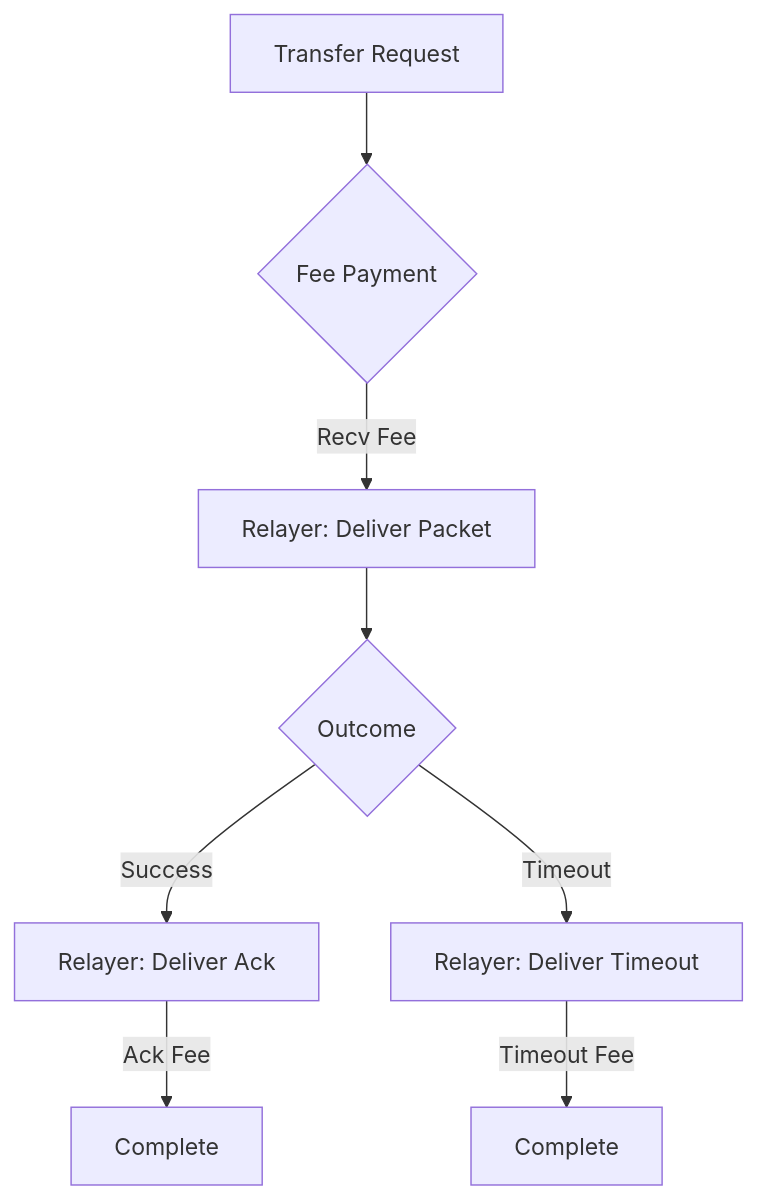
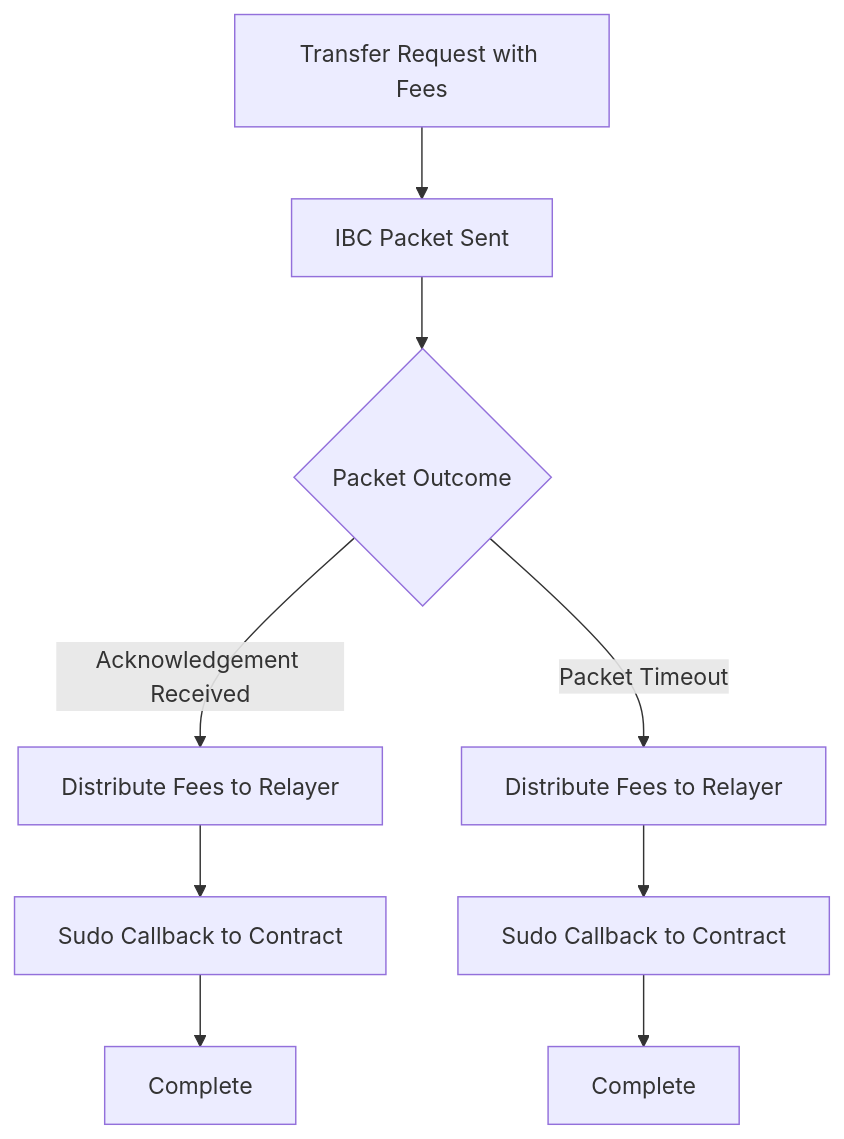
One commit to neutron-org/neutron-docs changed the third of 4 diagrams in developers/modules/transfer/explanation.mdx. Above: the diagram before and after it, drawn with Mermaid. The commit also changed other lines of this file and 5 other files, not shown here.

First line of the commit message:
feat: complete transfer module documentation accuracy audit

````diff
--- a/developers/modules/transfer/explanation.mdx
+++ b/developers/modules/transfer/explanation.mdx
@@ -94,10 +93,11 @@
 ```mermaid
 flowchart TD
-    A[Transfer Request] --> B{Fee Payment}
-    B -->|Recv Fee| C[Relayer: Deliver Packet]
-    C --> D{Outcome}
-    D -->|Success| E[Relayer: Deliver Ack]
-    D -->|Timeout| F[Relayer: Deliver Timeout]
-    E -->|Ack Fee| G[Complete]
-    F -->|Timeout Fee| H[Complete]
+    A[Transfer Request with Fees] --> B[IBC Packet Sent]
+    B --> C{Packet Outcome}
+    C -->|Acknowledgement Received| D[Distribute Fees to Relayer]
+    C -->|Packet Timeout| E[Distribute Fees to Relayer]
+    D --> F[Sudo Callback to Contract]
+    E --> G[Sudo Callback to Contract]
+    F --> H[Complete]
+    G --> I[Complete]
 ```
````
